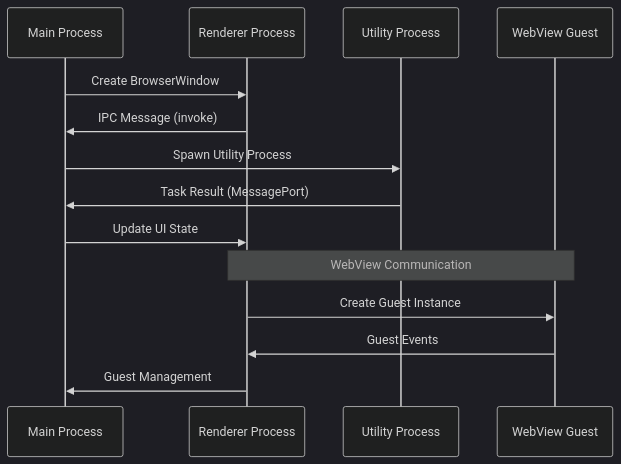
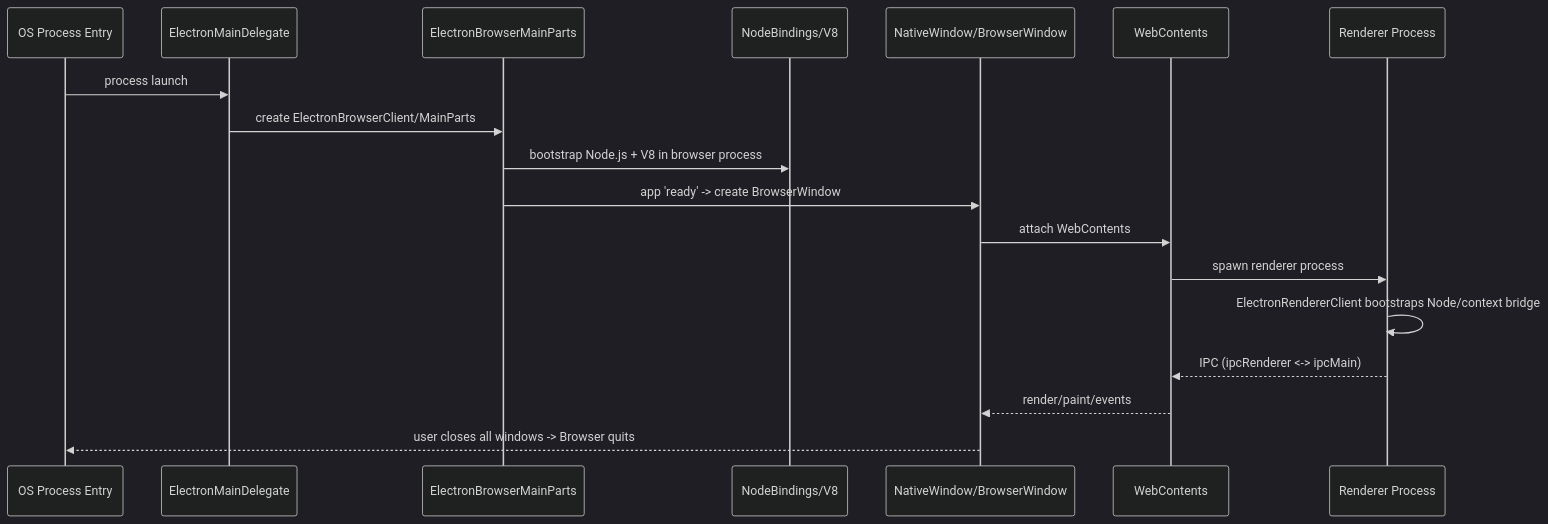
One commit to FSoft-AI4Code/codewiki-demo changed the second of 3 diagrams in docs/electron--electron-docs/overview.md. Above: the diagram before and after it, drawn with Mermaid (dark theme). The commit also changed other lines of this file and 1767 other files, not shown here.

````diff
--- a/docs/electron--electron-docs/overview.md
+++ b/docs/electron--electron-docs/overview.md
@@ -126,18 +91,21 @@
 ```mermaid
 sequenceDiagram
-    participant Main as Main Process
+    participant OS as OS Process Entry
+    participant MD as ElectronMainDelegate
+    participant BMP as ElectronBrowserMainParts
+    participant Node as NodeBindings/V8
+    participant Win as NativeWindow/BrowserWindow
+    participant WC as WebContents
     participant Renderer as Renderer Process
-    participant Utility as Utility Process
-    participant WebView as WebView Guest
-    
-    Main->>Renderer: Create BrowserWindow
-    Renderer->>Main: IPC Message (invoke)
-    Main->>Utility: Spawn Utility Process
-    Utility->>Main: Task Result (MessagePort)
-    Main->>Renderer: Update UI State
-    
-    Note over Renderer,WebView: WebView Communication
-    Renderer->>WebView: Create Guest Instance
-    WebView->>Renderer: Guest Events
-    Renderer->>Main: Guest Management
+
+    OS->>MD: process launch
+    MD->>BMP: create ElectronBrowserClient/MainParts
+    BMP->>Node: bootstrap Node.js + V8 in browser process
+    BMP->>Win: app 'ready' -> create BrowserWindow
+    Win->>WC: attach WebContents
+    WC->>Renderer: spawn renderer process
+    Renderer->>Renderer: ElectronRendererClient bootstraps Node/context bridge
+    Renderer-->>WC: IPC (ipcRenderer <-> ipcMain)
+    WC-->>Win: render/paint/events
+    Win-->>OS: user closes all windows -> Browser quits
 ```
````
